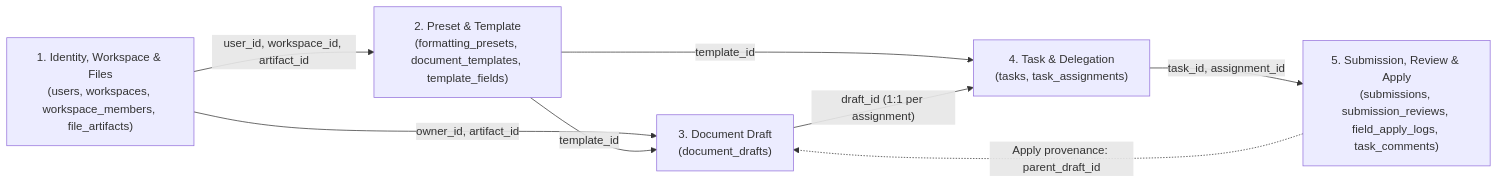
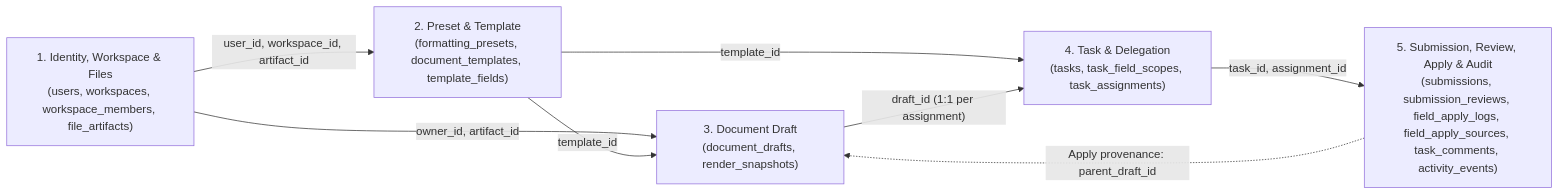
Before and after one commit to buitrong06/CS300-DocumentFromForm: the first of 7 diagrams in docs/analysis-and-design/database-overview.md, drawn with Mermaid. The commit also changed other lines of this file and 1 other file, not shown here.

Commit message:
docs(db): resolve ER model integrity, lineage, provenance, and audit event gaps

````diff
--- a/docs/analysis-and-design/database-overview.md
+++ b/docs/analysis-and-design/database-overview.md
@@ -32,16 +32,16 @@
 ```mermaid
 flowchart LR
     G1["1. Identity, Workspace & Files<br/>(users, workspaces, workspace_members, file_artifacts)"]
     G2["2. Preset & Template<br/>(formatting_presets, document_templates, template_fields)"]
-    G3["3. Document Draft<br/>(document_drafts)"]
-    G4["4. Task & Delegation<br/>(tasks, task_assignments)"]
-    G5["5. Submission, Review & Apply<br/>(submissions, submission_reviews, field_apply_logs, task_comments)"]
+    G3["3. Document Draft<br/>(document_drafts, render_snapshots)"]
+    G4["4. Task & Delegation<br/>(tasks, task_field_scopes, task_assignments)"]
+    G5["5. Submission, Review, Apply & Audit<br/>(submissions, submission_reviews, field_apply_logs, field_apply_sources, task_comments, activity_events)"]
 
     G1 -- "user_id, workspace_id, artifact_id" --> G2
     G1 -- "owner_id, artifact_id" --> G3
     G2 -- "template_id" --> G3
     G2 -- "template_id" --> G4
     G3 -- "draft_id (1:1 per assignment)" --> G4
     G4 -- "task_id, assignment_id" --> G5
     G5 -. "Apply provenance: parent_draft_id" .-> G3
 ```
````
